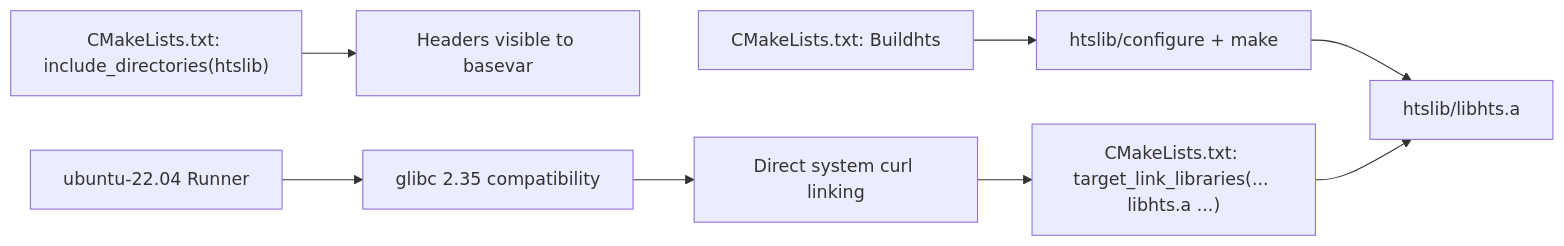
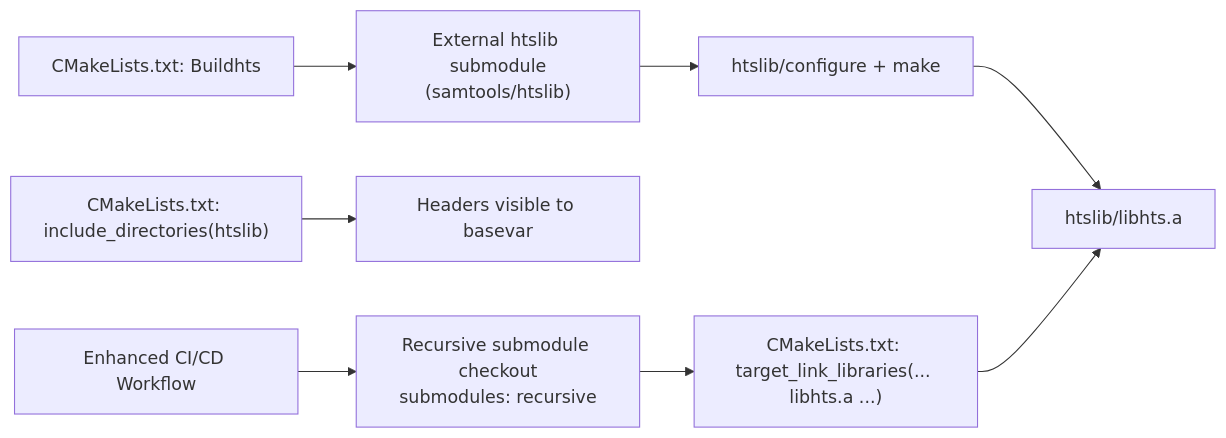
The fourth of 8 diagrams in .qoder/repowiki/en/content/Build System and Configuration.md (ShujiaHuang/BaseVar2), drawn with Mermaid before and after one commit. The commit also changed other lines of this file and 6 other files, not shown here.

````diff
--- a/.qoder/repowiki/en/content/Build System and Configuration.md
+++ b/.qoder/repowiki/en/content/Build System and Configuration.md
@@ -221,10 +231,10 @@
 ```mermaid
 graph LR
-A["CMakeLists.txt: Buildhts"] --> B["htslib/configure + make"]
-B --> C["htslib/libhts.a"]
-D["CMakeLists.txt: include_directories(htslib)"] --> E["Headers visible to basevar"]
-F["CMakeLists.txt: target_link_libraries(... libhts.a ...)"] --> C
-G["ubuntu-22.04 Runner"] --> H["glibc 2.35 compatibility"]
-H --> I["Direct system curl linking"]
-I --> F
+A["CMakeLists.txt: Buildhts"] --> B["External htslib submodule<br/>(samtools/htslib)"]
+B --> C["htslib/configure + make"]
+C --> D["htslib/libhts.a"]
+E["CMakeLists.txt: include_directories(htslib)"] --> F["Headers visible to basevar"]
+G["CMakeLists.txt: target_link_libraries(... libhts.a ...)"] --> D
+H["Enhanced CI/CD Workflow"] --> I["Recursive submodule checkout<br/>submodules: recursive"]
+I --> G
 ```
````
